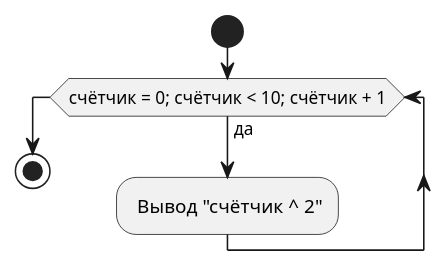
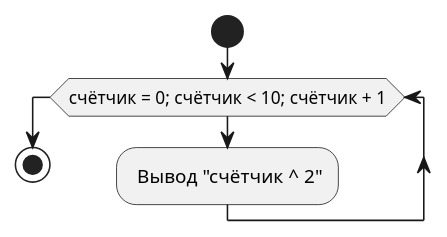
The diagram in uml/04-3-for.puml (ermakov0/ivt-cpp), drawn with PlantUML before and after one commit. The commit also changed 24 other files, not shown here.

```diff
--- a/uml/04-3-for.puml
+++ b/uml/04-3-for.puml
@@ -1,7 +1,7 @@
 @startuml 04-3-for
 start
-while (счётчик = 0; счётчик < 10; счётчик + 1) is (да)
+while (счётчик = 0; счётчик < 10; счётчик + 1)
     - Вывод "счётчик ^ 2"
 endwhile
 stop
 @enduml
```
